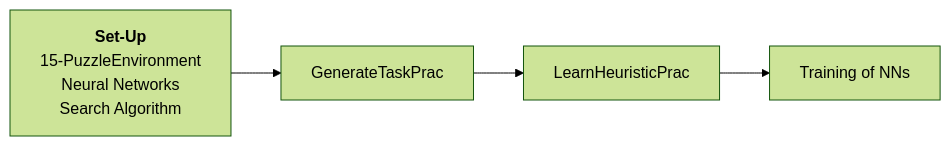
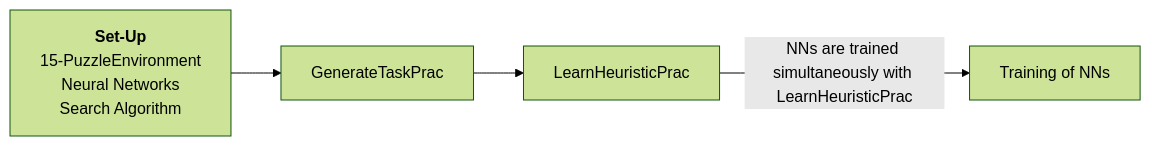
The diagram in README.md (OShagHennessy/Reproducibility_Assignment), drawn with Mermaid (forest theme) before and after one commit.

````diff
--- a/README.md
+++ b/README.md
@@ -10,13 +10,13 @@
 ```mermaid
 graph LR;
 
 FirstBlock["`**Set-Up**
 15-PuzzleEnvironment
 Neural Networks
 Search Algorithm`"]
 Algorithm3["`GenerateTaskPrac`"]
 Algorithm4["`LearnHeuristicPrac`"]
 TrainingofNNs["`Training of NNs`"]
 
-FirstBlock --> Algorithm3 --> Algorithm4 --> TrainingofNNs
+FirstBlock --> Algorithm3 --> Algorithm4 --NNs are trained simultaneously with LearnHeuristicPrac--> TrainingofNNs
 ```
````
